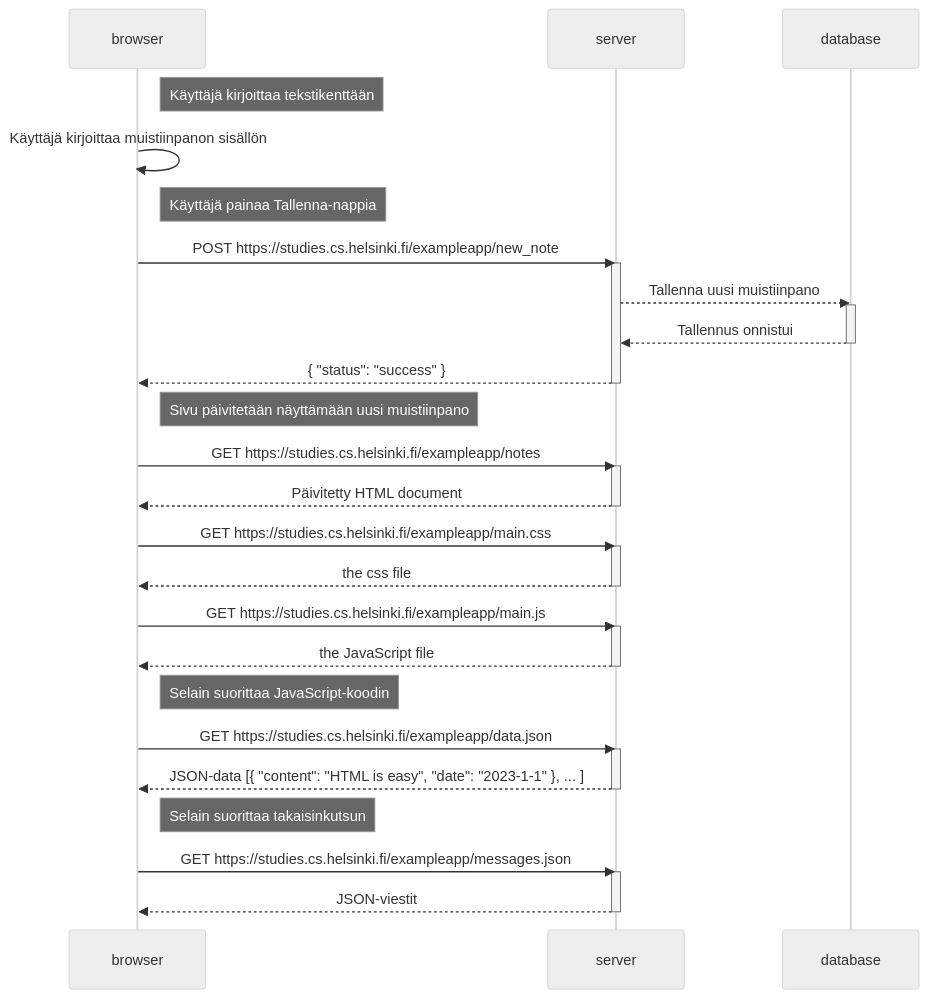
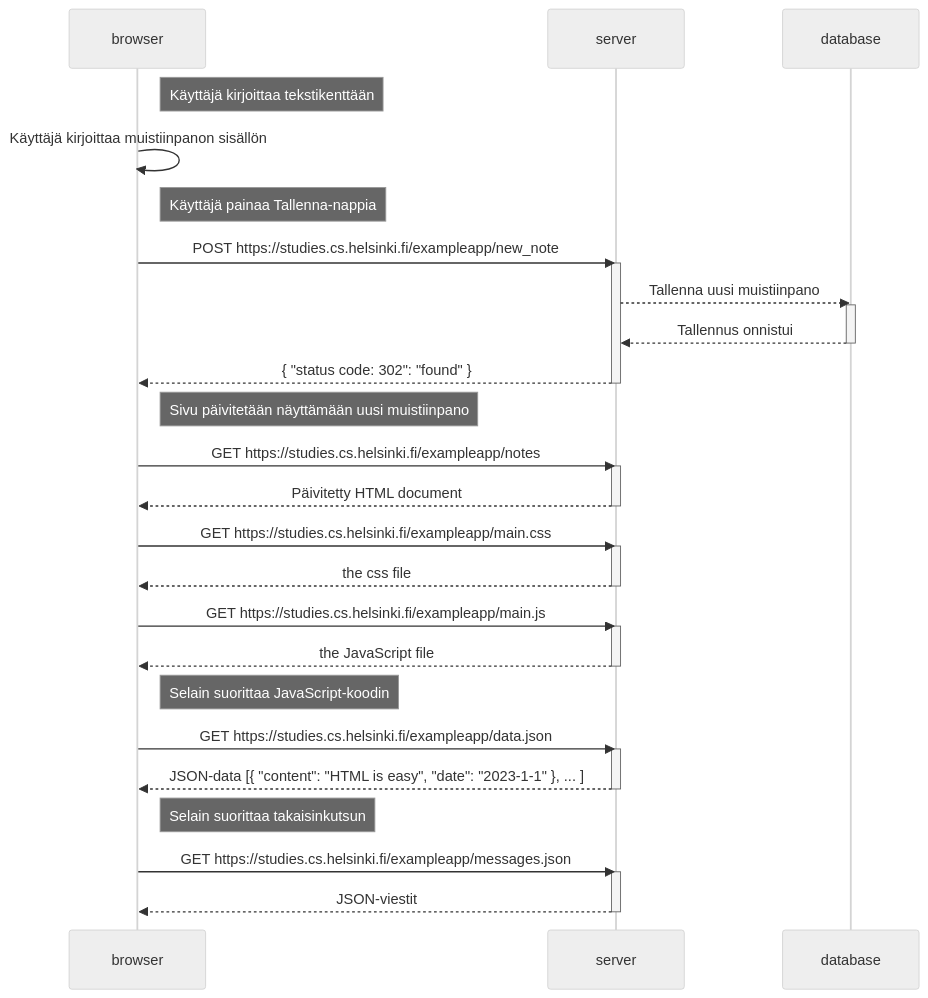
One commit to JenniAlarakkola/Viikko0webohjelmointi changed the diagram in 0.4: uusi muistiinpano.md. Above: the diagram before and after it, drawn with Mermaid (neutral theme).

Commit message:
Update 0.4: uusi muistiinpano.md

````diff
--- a/0.4: uusi muistiinpano.md
+++ b/0.4: uusi muistiinpano.md
@@ -1,50 +1,50 @@
 ```mermaid
 sequenceDiagram
     participant browser
     participant server
     participant database
     
     Note right of browser: Käyttäjä kirjoittaa tekstikenttään
     
     browser->>browser: Käyttäjä kirjoittaa muistiinpanon sisällön
     
     Note right of browser: Käyttäjä painaa Tallenna-nappia
     
     browser->>server: POST https://studies.cs.helsinki.fi/exampleapp/new_note
     activate server
     server-->>database: Tallenna uusi muistiinpano
     activate database
     database-->>server: Tallennus onnistui
     deactivate database
-    server-->>browser: { "status": "success" }
+    server-->>browser: { "status code: 302": "found" }
     deactivate server
     
     Note right of browser: Sivu päivitetään näyttämään uusi muistiinpano
     
     browser->>server: GET https://studies.cs.helsinki.fi/exampleapp/notes
     activate server
     server-->>browser: Päivitetty HTML document
     deactivate server
     
     browser->>server: GET https://studies.cs.helsinki.fi/exampleapp/main.css
     activate server
     server-->>browser: the css file
     deactivate server
     
     browser->>server: GET https://studies.cs.helsinki.fi/exampleapp/main.js
     activate server
     server-->>browser: the JavaScript file
     deactivate server
     
     Note right of browser: Selain suorittaa JavaScript-koodin
     browser->>server: GET https://studies.cs.helsinki.fi/exampleapp/data.json
     activate server
     server-->>browser: JSON-data [{ "content": "HTML is easy", "date": "2023-1-1" }, ... ]
     deactivate server
     
     Note right of browser: Selain suorittaa takaisinkutsun
     browser->>server: GET https://studies.cs.helsinki.fi/exampleapp/messages.json
     activate server
     server-->>browser: JSON-viestit
     deactivate server
 ```
````
